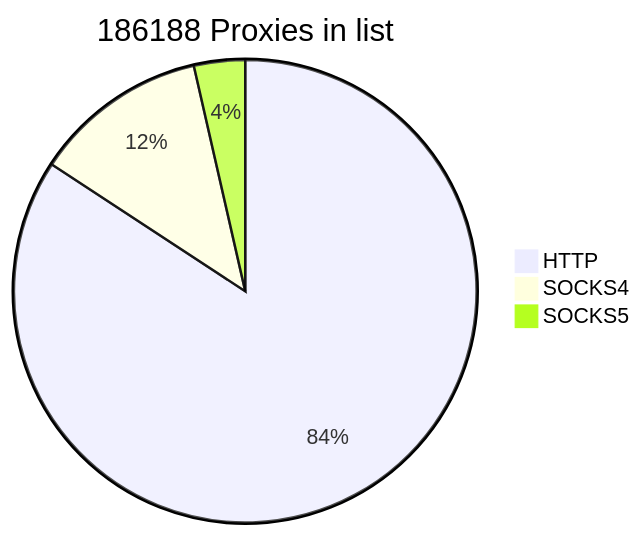
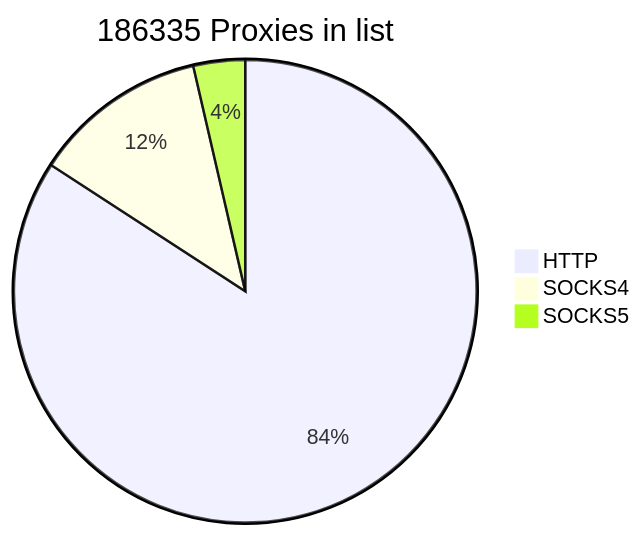
One commit to cutipu/proxylist changed the first of 2 diagrams in README.md. Above: the diagram before and after it, drawn with Mermaid. The commit also changed other lines of this file, not shown here.

````diff
--- a/README.md
+++ b/README.md
@@ -2,7 +2,7 @@
 ```mermaid
-pie title 186188 Proxies in list
-    "HTTP" : 156840
-    "SOCKS4" : 22698
-    "SOCKS5" : 6650
+pie title 186335 Proxies in list
+    "HTTP" : 156841
+    "SOCKS4" : 22764
+    "SOCKS5" : 6730
             
 ```
````
